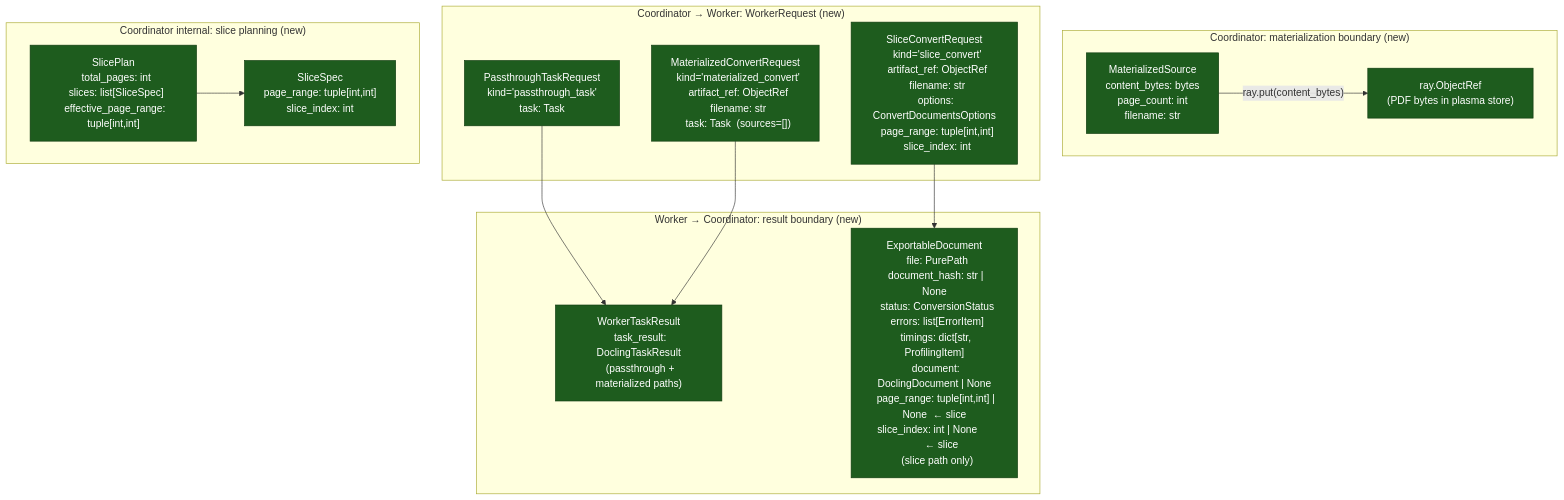
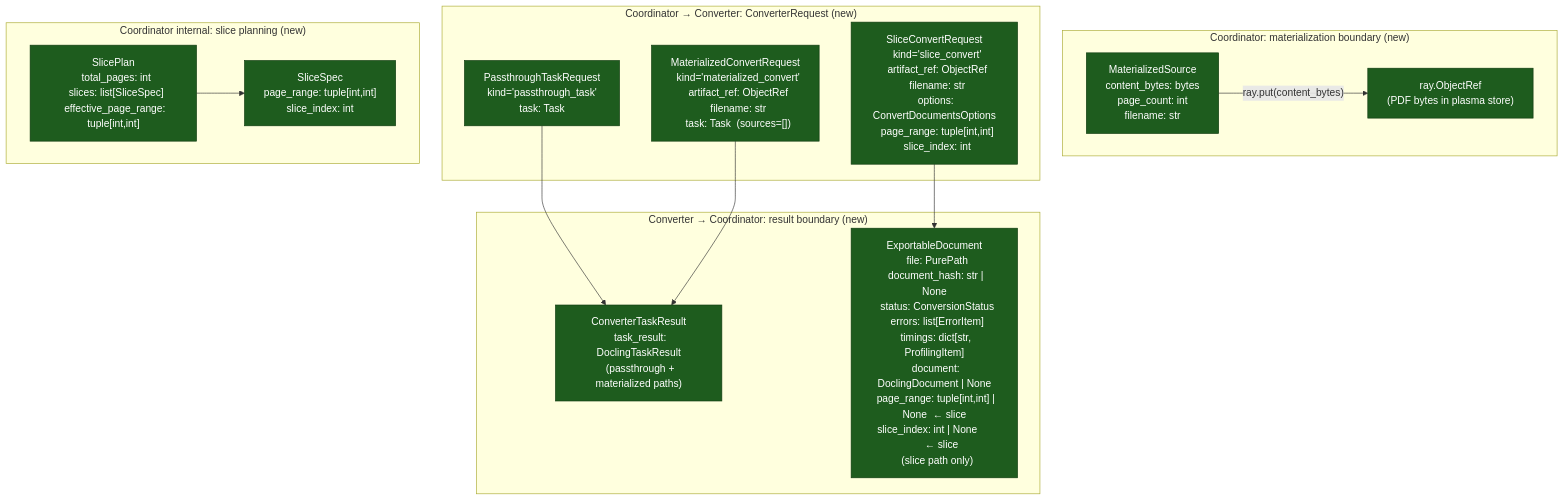
Before and after one commit to docling-project/docling-serve: the eighth of 11 diagrams in docs/ray-orchestrator-architecture-page-slicing-delta.md, drawn with Mermaid. The commit also changed other lines of this file, not shown here.

````diff
--- a/docs/ray-orchestrator-architecture-page-slicing-delta.md
+++ b/docs/ray-orchestrator-architecture-page-slicing-delta.md
@@ -290,33 +290,33 @@
 ```mermaid
 flowchart TB
     classDef new     fill:#1e5c1e,color:#fff,stroke:#0f3a0f
     classDef changed fill:#7a5500,color:#fff,stroke:#5a3d00
     classDef existed fill:#444,color:#fff,stroke:#222
 
     subgraph MAT["Coordinator: materialization boundary  (new)"]
         MS["MaterializedSource\n  content_bytes: bytes\n  page_count: int\n  filename: str"]:::new
         OBJ["ray.ObjectRef\n  (PDF bytes in plasma store)"]:::new
         MS -- "ray.put(content_bytes)" --> OBJ
     end
 
-    subgraph REQ["Coordinator → Worker: WorkerRequest  (new)"]
+    subgraph REQ["Coordinator → Converter: ConverterRequest  (new)"]
         PT["PassthroughTaskRequest\n  kind='passthrough_task'\n  task: Task"]:::new
         MC["MaterializedConvertRequest\n  kind='materialized_convert'\n  artifact_ref: ObjectRef\n  filename: str\n  task: Task  (sources=[])"]:::new
         SC["SliceConvertRequest\n  kind='slice_convert'\n  artifact_ref: ObjectRef\n  filename: str\n  options: ConvertDocumentsOptions\n  page_range: tuple[int,int]\n  slice_index: int"]:::new
     end
 
-    subgraph OUT["Worker → Coordinator: result boundary  (new)"]
-        WT["WorkerTaskResult\n  task_result: DoclingTaskResult\n  (passthrough + materialized paths)"]:::new
+    subgraph OUT["Converter → Coordinator: result boundary  (new)"]
+        WT["ConverterTaskResult\n  task_result: DoclingTaskResult\n  (passthrough + materialized paths)"]:::new
         ED["ExportableDocument\n  file: PurePath\n  document_hash: str | None\n  status: ConversionStatus\n  errors: list[ErrorItem]\n  timings: dict[str, ProfilingItem]\n  document: DoclingDocument | None\n  page_range: tuple[int,int] | None  ← slice\n  slice_index: int | None            ← slice\n  (slice path only)"]:::new
     end
 
     subgraph PLAN["Coordinator internal: slice planning  (new)"]
         SP["SlicePlan\n  total_pages: int\n  slices: list[SliceSpec]\n  effective_page_range: tuple[int,int]"]:::new
         SS["SliceSpec\n  page_range: tuple[int,int]\n  slice_index: int"]:::new
         SP --> SS
     end
 
     PT --> WT
     MC --> WT
     SC --> ED
 ```
````
